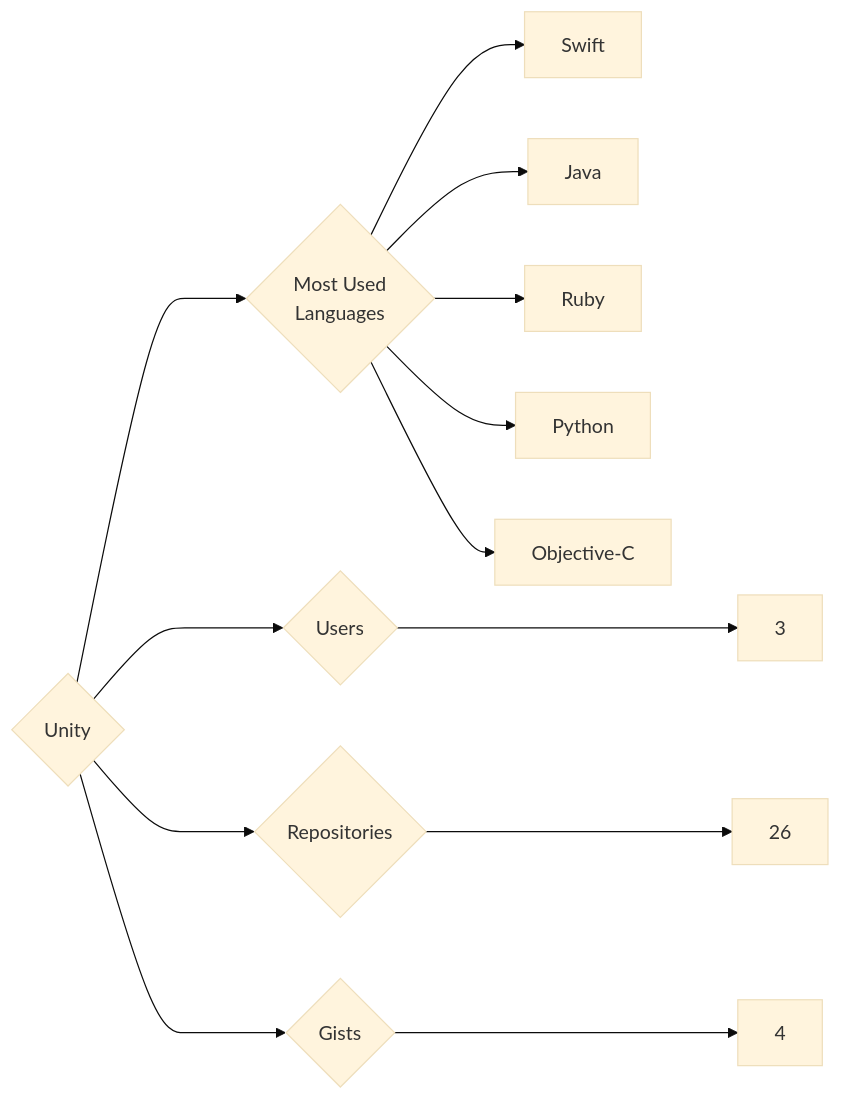
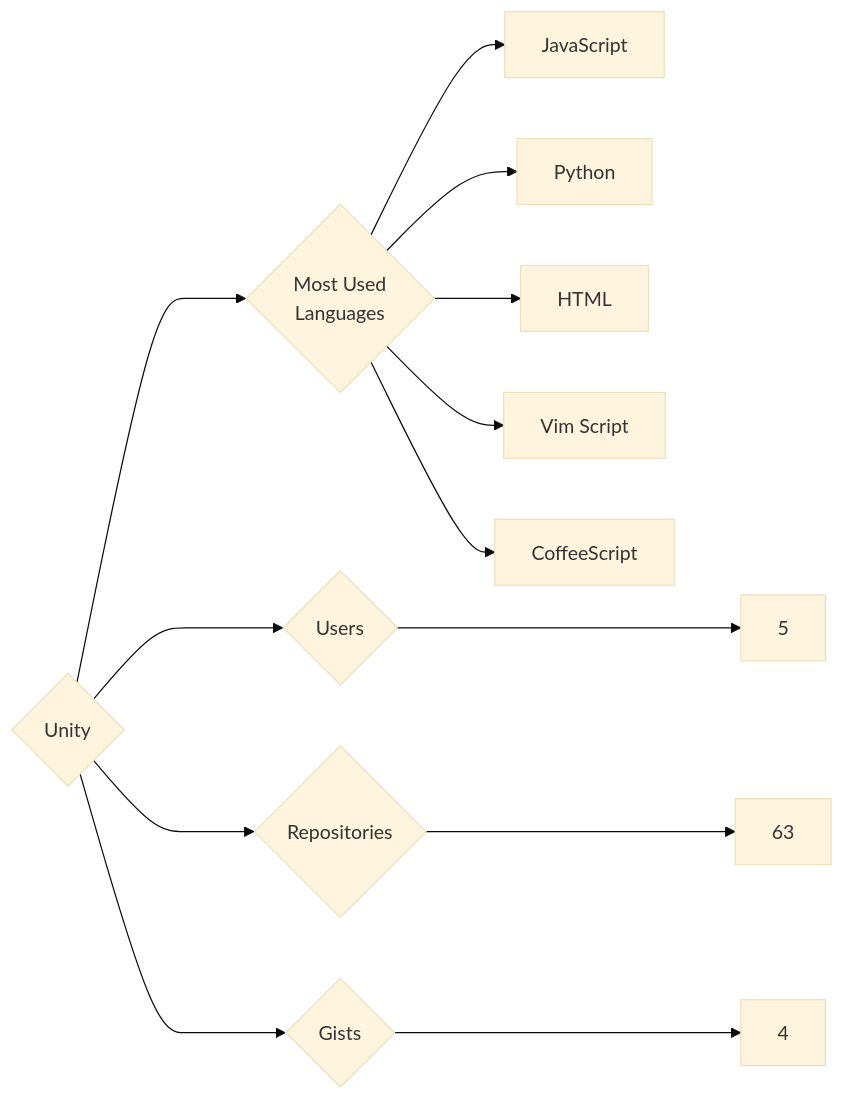
Before and after one commit to trickest/insiders: the diagram in targets/Unity/README.md, drawn with Mermaid (base theme). The commit also changed 1389 other files, not shown here.

````diff
--- a/targets/Unity/README.md
+++ b/targets/Unity/README.md
@@ -3,13 +3,13 @@
 ```mermaid
 graph LR
 COMPANY_NAME{Unity}
-COMPANY_NAME ---> U{Users} ---> UN[3]
-COMPANY_NAME ---> R{Repositories} ---> RN[26]
+COMPANY_NAME ---> U{Users} ---> UN[5]
+COMPANY_NAME ---> R{Repositories} ---> RN[63]
 COMPANY_NAME ---> G{Gists} ---> GN[4]
 COMPANY_NAME ---> ML{Most Used<br>Languages}
-ML --> Swift[Swift]
-ML --> Java[Java]
-ML --> Ruby[Ruby]
+ML --> JavaScript[JavaScript]
 ML --> Python[Python]
-ML --> Objective-C[Objective-C]
+ML --> HTML[HTML]
+ML --> Vim_Script[Vim Script]
+ML --> CoffeeScript[CoffeeScript]
 ```
````
